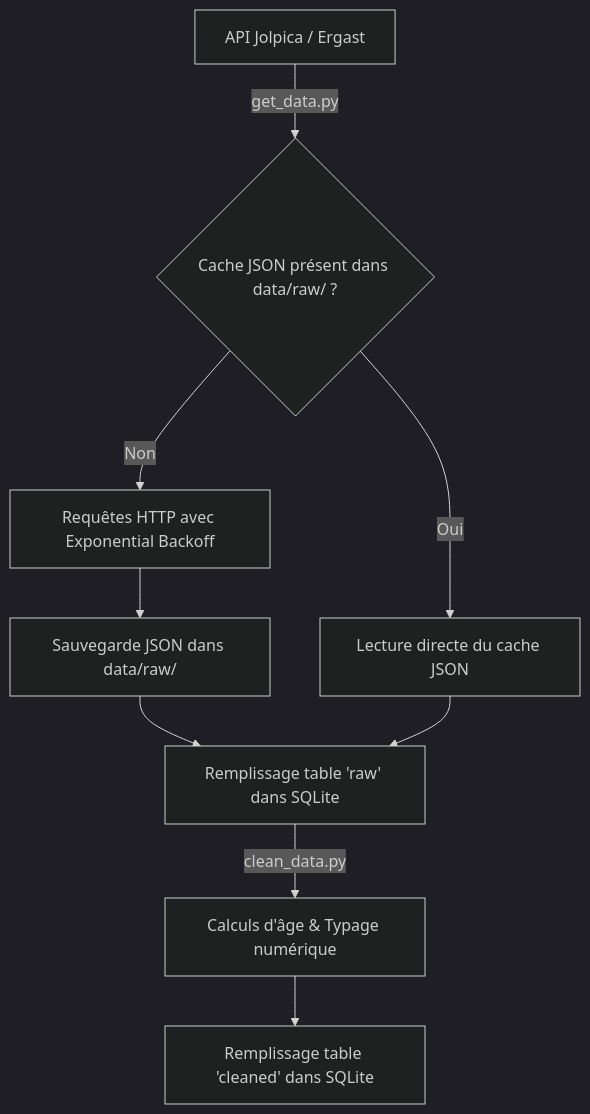
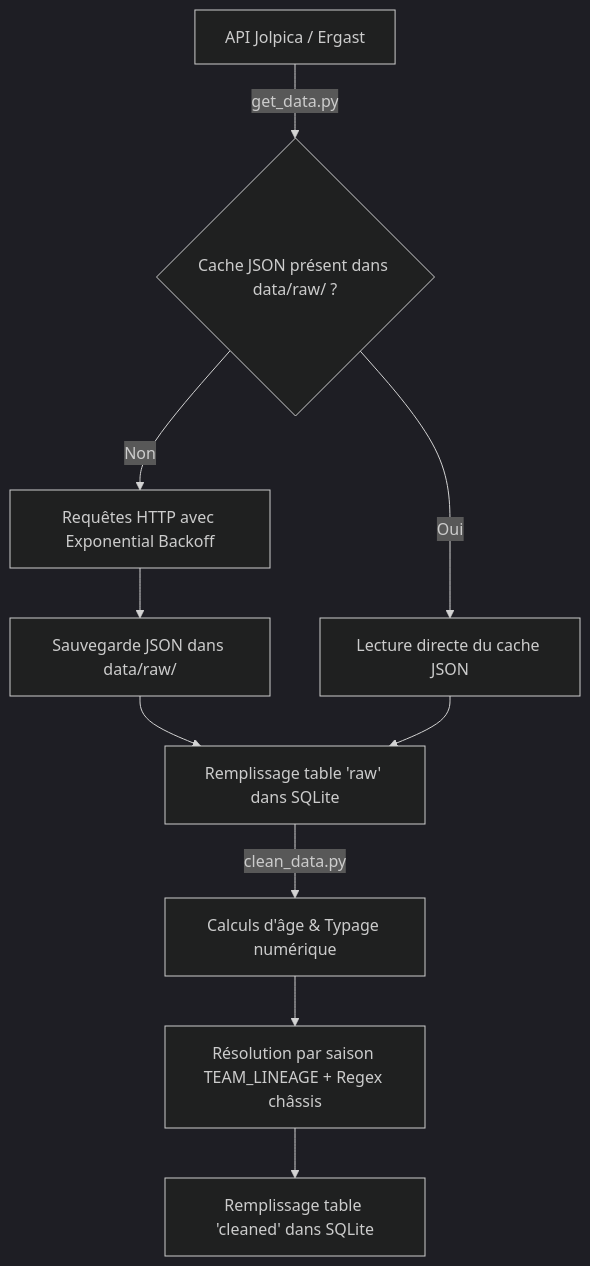
Before and after one commit to asrkr/data_project_f1: the diagram in README.md, drawn with Mermaid (dark theme). The commit also changed other lines of this file and 2 other files, not shown here.

Commit message:
feat(clean_data): implement season-aware team resolution and chassis-engine regex matching

````diff
--- a/README.md
+++ b/README.md
@@ -94,12 +94,13 @@
 ```mermaid
 flowchart TD
     A[API Jolpica / Ergast] -->|get_data.py| B{Cache JSON présent dans data/raw/ ?}
     B -->|Non| C[Requêtes HTTP avec Exponential Backoff]
     C --> D[Sauvegarde JSON dans data/raw/]
     B -->|Oui| E[Lecture directe du cache JSON]
     D --> F[Remplissage table 'raw' dans SQLite]
     E --> F
     F -->|clean_data.py| G[Calculs d'âge & Typage numérique]
-    G --> H[Remplissage table 'cleaned' dans SQLite]
+    G --> H[Résolution par saison TEAM_LINEAGE + Regex châssis]
+    H --> I[Remplissage table 'cleaned' dans SQLite]
     
 ```
````
